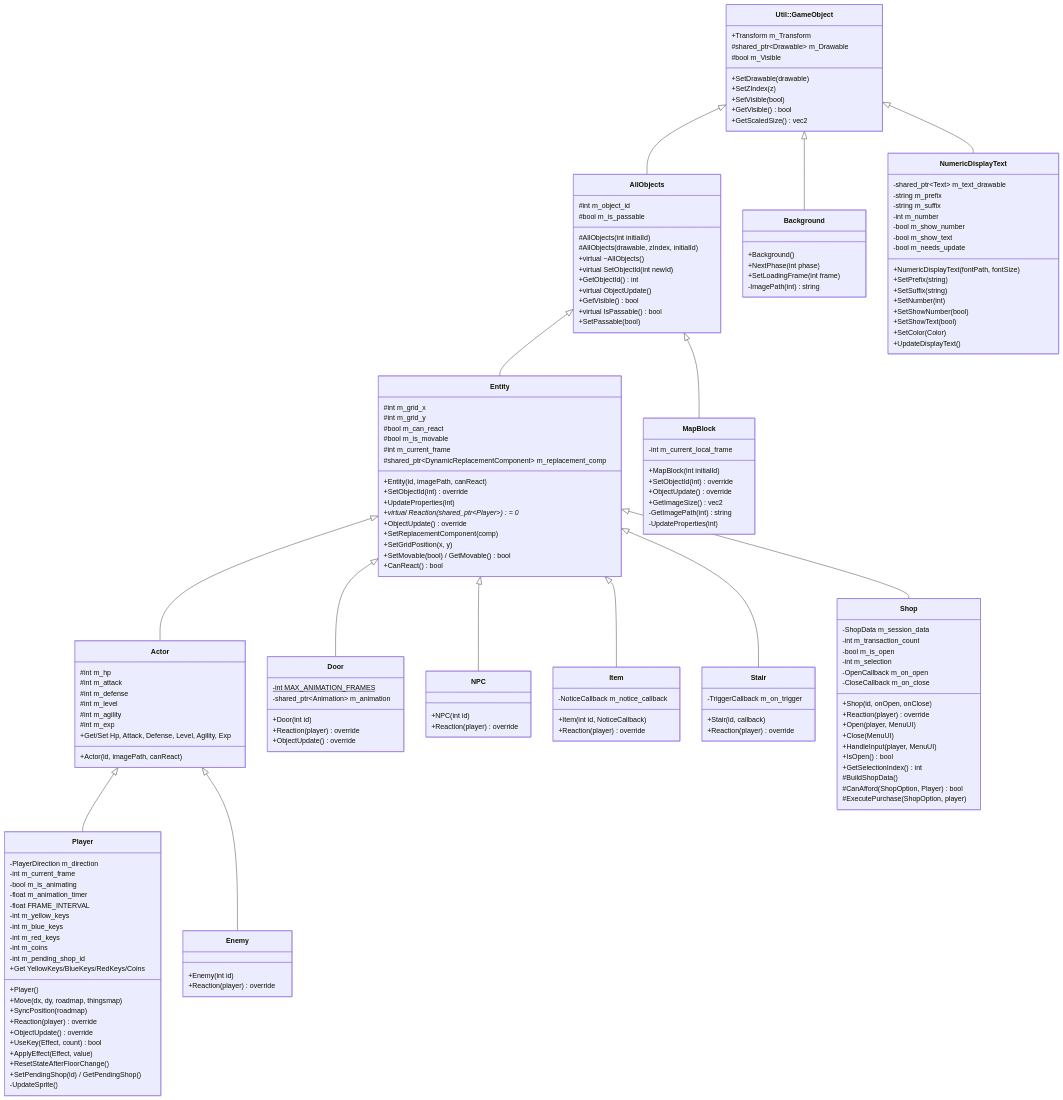
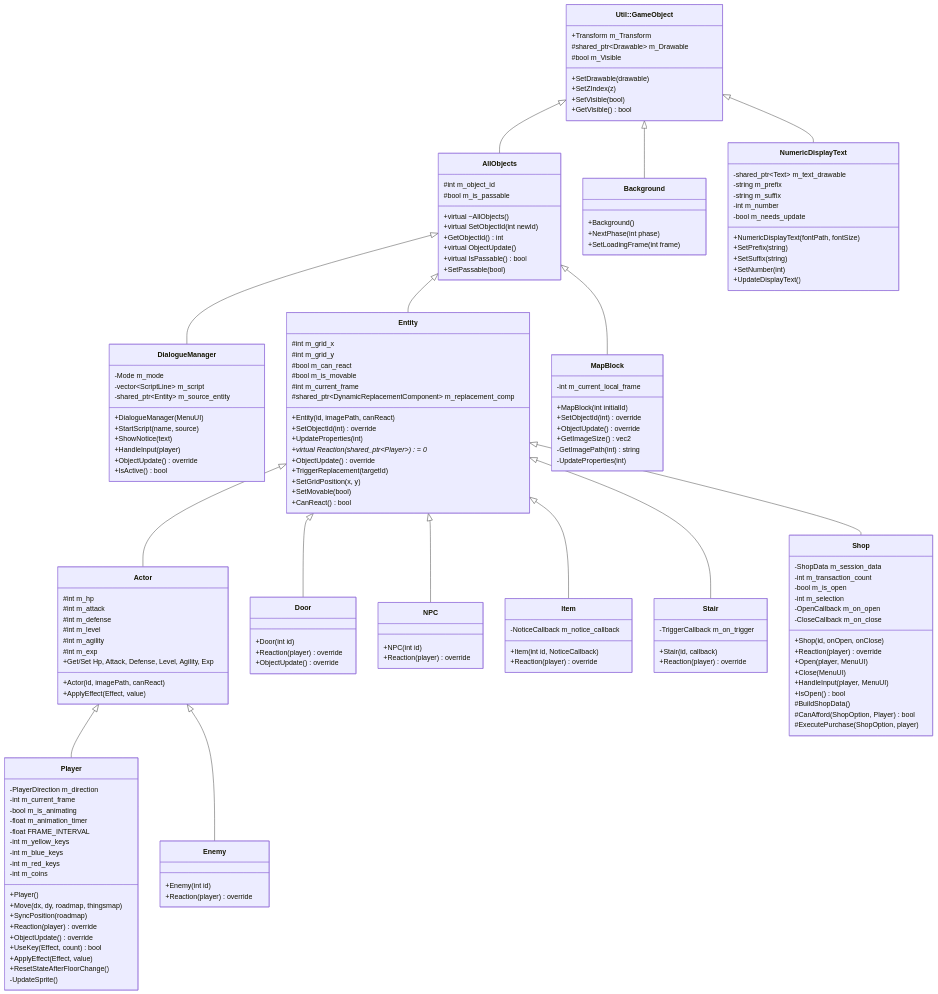
Before and after one commit to XWJWPIY/schoolwork_recreate_magic_tower: the first of 4 diagrams in Constructure.md, drawn with Mermaid. The commit also changed other lines of this file, not shown here.

```diff
--- a/Constructure.md
+++ b/Constructure.md
@@ -14,21 +14,29 @@
         +SetZIndex(z)
         +SetVisible(bool)
         +GetVisible() bool
-        +GetScaledSize() vec2
     }
 
     class AllObjects {
         #int m_object_id
         #bool m_is_passable
-        #AllObjects(int initialId)
-        #AllObjects(drawable, zIndex, initialId)
         +virtual ~AllObjects()
         +virtual SetObjectId(int newId)
         +GetObjectId() int
         +virtual ObjectUpdate()
-        +GetVisible() bool
         +virtual IsPassable() bool
         +SetPassable(bool)
+    }
+
+    class DialogueManager {
+        -Mode m_mode
+        -vector~ScriptLine~ m_script
+        -shared_ptr~Entity~ m_source_entity
+        +DialogueManager(MenuUI)
+        +StartScript(name, source)
+        +ShowNotice(text)
+        +HandleInput(player)
+        +ObjectUpdate() override
+        +IsActive() bool
     }
 
     class Entity {
@@ -43,9 +51,9 @@
         +UpdateProperties(int)
         +virtual Reaction(shared_ptr~Player~) = 0*
         +ObjectUpdate() override
-        +SetReplacementComponent(comp)
+        +TriggerReplacement(targetId)
         +SetGridPosition(x, y)
-        +SetMovable(bool) / GetMovable() bool
+        +SetMovable(bool)
         +CanReact() bool
     }
 
@@ -57,6 +65,7 @@
         #int m_agility
         #int m_exp
         +Actor(id, imagePath, canReact)
+        +ApplyEffect(Effect, value)
         +Get/Set Hp, Attack, Defense, Level, Agility, Exp
     }
 
@@ -80,7 +89,6 @@
         -int m_blue_keys
         -int m_red_keys
         -int m_coins
-        -int m_pending_shop_id
         +Player()
         +Move(dx, dy, roadmap, thingsmap)
         +SyncPosition(roadmap)
@@ -89,21 +97,16 @@
         +UseKey(Effect, count) bool
         +ApplyEffect(Effect, value)
         +ResetStateAfterFloorChange()
-        +Get YellowKeys/BlueKeys/RedKeys/Coins
-        +SetPendingShop(id) / GetPendingShop()
         -UpdateSprite()
     }
 
     class Door {
-        -int MAX_ANIMATION_FRAMES$
-        -shared_ptr~Animation~ m_animation
         +Door(int id)
         +Reaction(player) override
         +ObjectUpdate() override
     }
 
     class Enemy {
-        %% (尚未實作完整戰鬥邏輯)
         +Enemy(int id)
         +Reaction(player) override
     }
@@ -138,7 +141,6 @@
         +Close(MenuUI)
         +HandleInput(player, MenuUI)
         +IsOpen() bool
-        +GetSelectionIndex() int
         #BuildShopData()
         #CanAfford(ShopOption, Player) bool
         #ExecutePurchase(ShopOption, player)
@@ -148,7 +150,6 @@
         +Background()
         +NextPhase(int phase)
         +SetLoadingFrame(int frame)
-        -ImagePath(int) string
     }
 
     class NumericDisplayText {
@@ -156,16 +157,11 @@
         -string m_prefix
         -string m_suffix
         -int m_number
-        -bool m_show_number
-        -bool m_show_text
         -bool m_needs_update
         +NumericDisplayText(fontPath, fontSize)
         +SetPrefix(string)
         +SetSuffix(string)
         +SetNumber(int)
-        +SetShowNumber(bool)
-        +SetShowText(bool)
-        +SetColor(Color)
         +UpdateDisplayText()
     }
 
@@ -175,6 +171,7 @@
     GameObject <|-- NumericDisplayText
     AllObjects <|-- MapBlock
     AllObjects <|-- Entity
+    AllObjects <|-- DialogueManager
     Entity <|-- Door
     Entity <|-- NPC
     Entity <|-- Item
```
